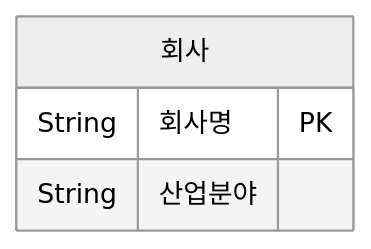
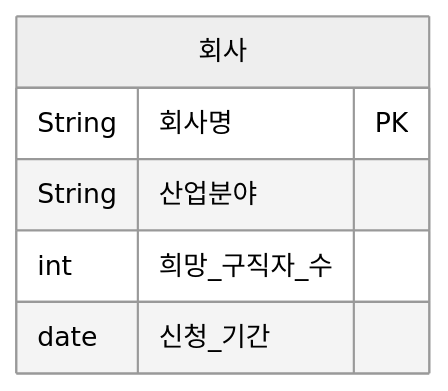
The diagram in README.md (zerojun040329-eng/test-260401), drawn with Mermaid (neutral theme) before and after one commit.

````diff
--- a/README.md
+++ b/README.md
@@ -1,7 +1,9 @@
 ```mermaid
 erDiagram
   회사 {
     String 회사명 PK
     String 산업분야
+    int 희망_구직자_수
+    date 신청_기간
   }
 ```
````
